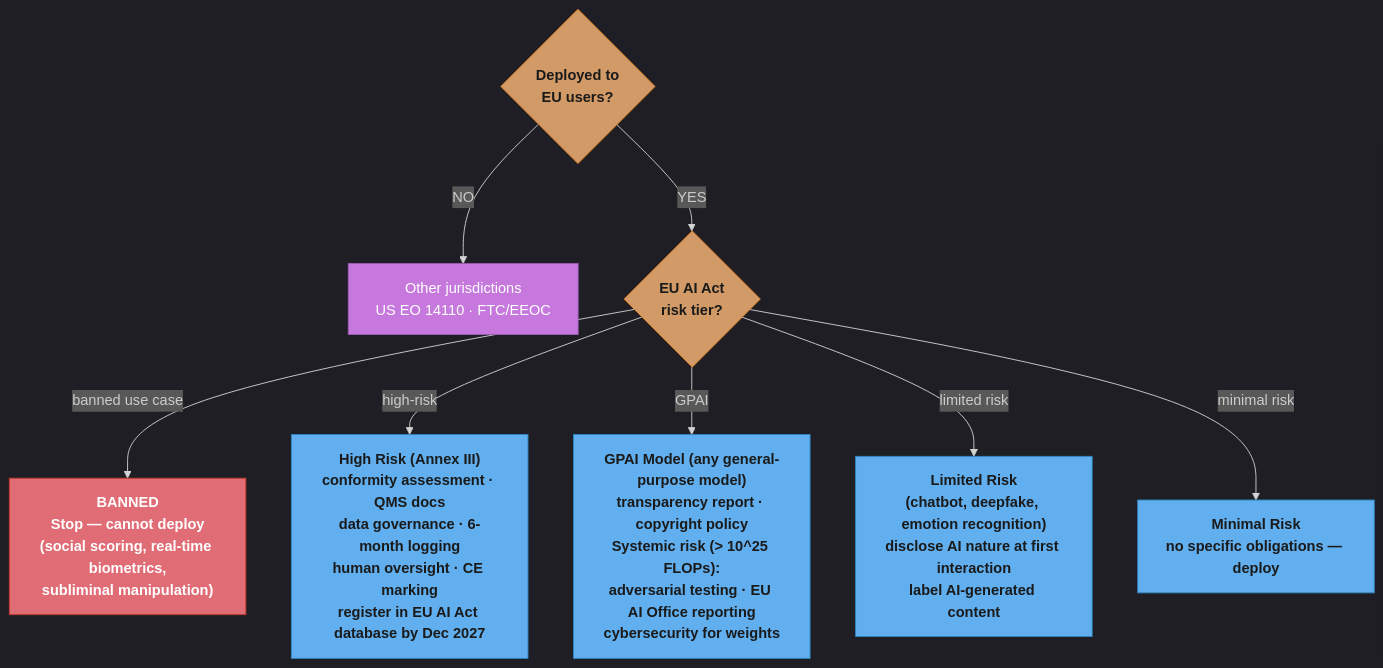
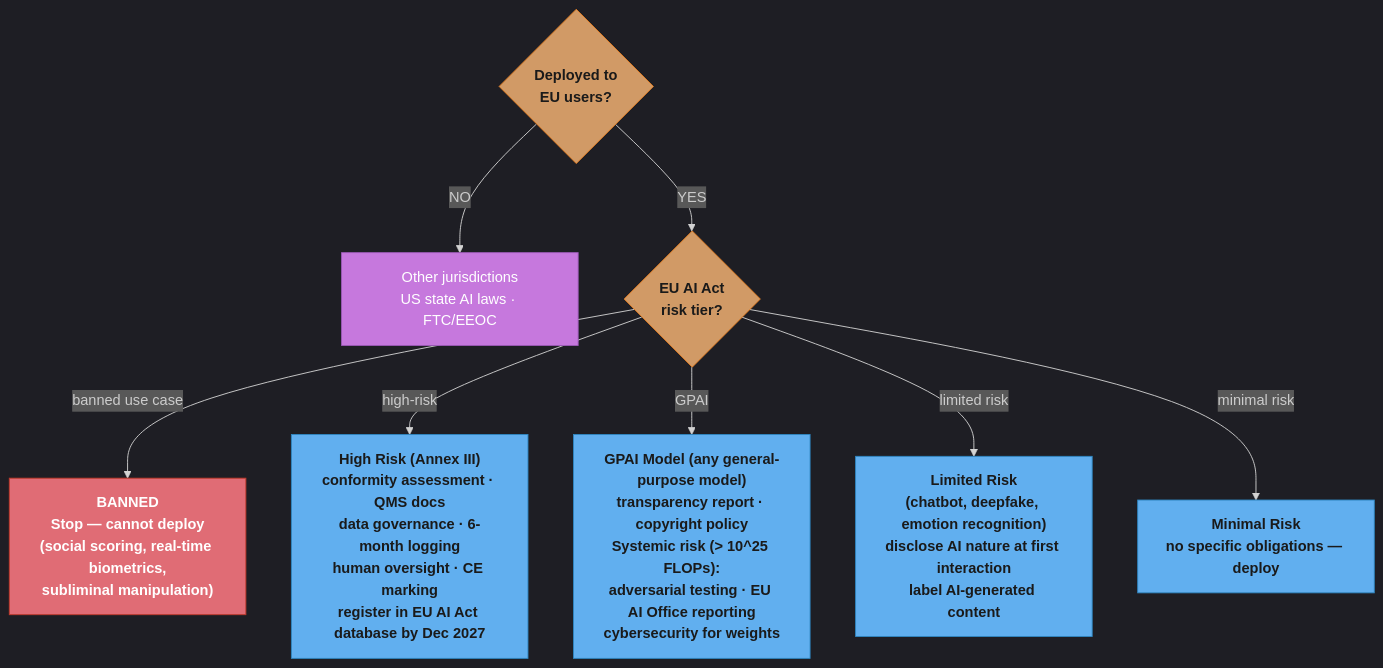
The second of 4 diagrams in src/main/java/com/rutik/systemdesign/llm/ai_regulations_and_compliance/ai_regulations_and_compliance.md (rppol/system-design), drawn with Mermaid before and after one commit. The commit also changed other lines of this file and 655 other files, not shown here.

````diff
--- a/src/main/java/com/rutik/systemdesign/llm/ai_regulations_and_compliance/ai_regulations_and_compliance.md
+++ b/src/main/java/com/rutik/systemdesign/llm/ai_regulations_and_compliance/ai_regulations_and_compliance.md
@@ -209,33 +256,33 @@
 ```mermaid
 %%{init: {'flowchart': {'curve': 'basis'}, 'theme': 'dark'}}%%
 flowchart TD
     classDef io      fill:#61afef,stroke:#2e86c1,color:#1a1a1a,font-weight:bold
     classDef frozen  fill:#c678dd,stroke:#9b59b6,color:#fff
     classDef train   fill:#98c379,stroke:#27ae60,color:#1a1a1a
     classDef mathOp  fill:#d19a66,stroke:#e67e22,color:#1a1a1a,font-weight:bold
     classDef lossN   fill:#e06c75,stroke:#c0392b,color:#fff,font-weight:bold
     classDef req     fill:#56b6c2,stroke:#0097a7,color:#1a1a1a
     classDef base    fill:#e5c07b,stroke:#f39c12,color:#1a1a1a
 
     EU{"Deployed to\nEU users?"}
-    OTHER["Other jurisdictions\nUS EO 14110 · FTC/EEOC"]
+    OTHER["Other jurisdictions\nUS state AI laws · FTC/EEOC"]
     RISK{"EU AI Act\nrisk tier?"}
     BANNED["BANNED\nStop — cannot deploy\n(social scoring, real-time biometrics,\nsubliminal manipulation)"]
     HIGH["High Risk (Annex III)\nconformity assessment · QMS docs\ndata governance · 6-month logging\nhuman oversight · CE marking\nregister in EU AI Act database by Dec 2027"]
     GPAI["GPAI Model (any general-purpose model)\ntransparency report · copyright policy\nSystemic risk (> 10^25 FLOPs):\nadversarial testing · EU AI Office reporting\ncybersecurity for weights"]
     LTD["Limited Risk\n(chatbot, deepfake, emotion recognition)\ndisclose AI nature at first interaction\nlabel AI-generated content"]
     MIN["Minimal Risk\nno specific obligations — deploy"]
 
     EU -->|"NO"| OTHER
     EU -->|"YES"| RISK
     RISK -->|"banned use case"| BANNED
     RISK -->|"high-risk"| HIGH
     RISK -->|"GPAI"| GPAI
     RISK -->|"limited risk"| LTD
     RISK -->|"minimal risk"| MIN
 
     class EU,RISK mathOp
     class HIGH,GPAI,LTD,MIN io
     class OTHER frozen
     class BANNED lossN
 ```
````
